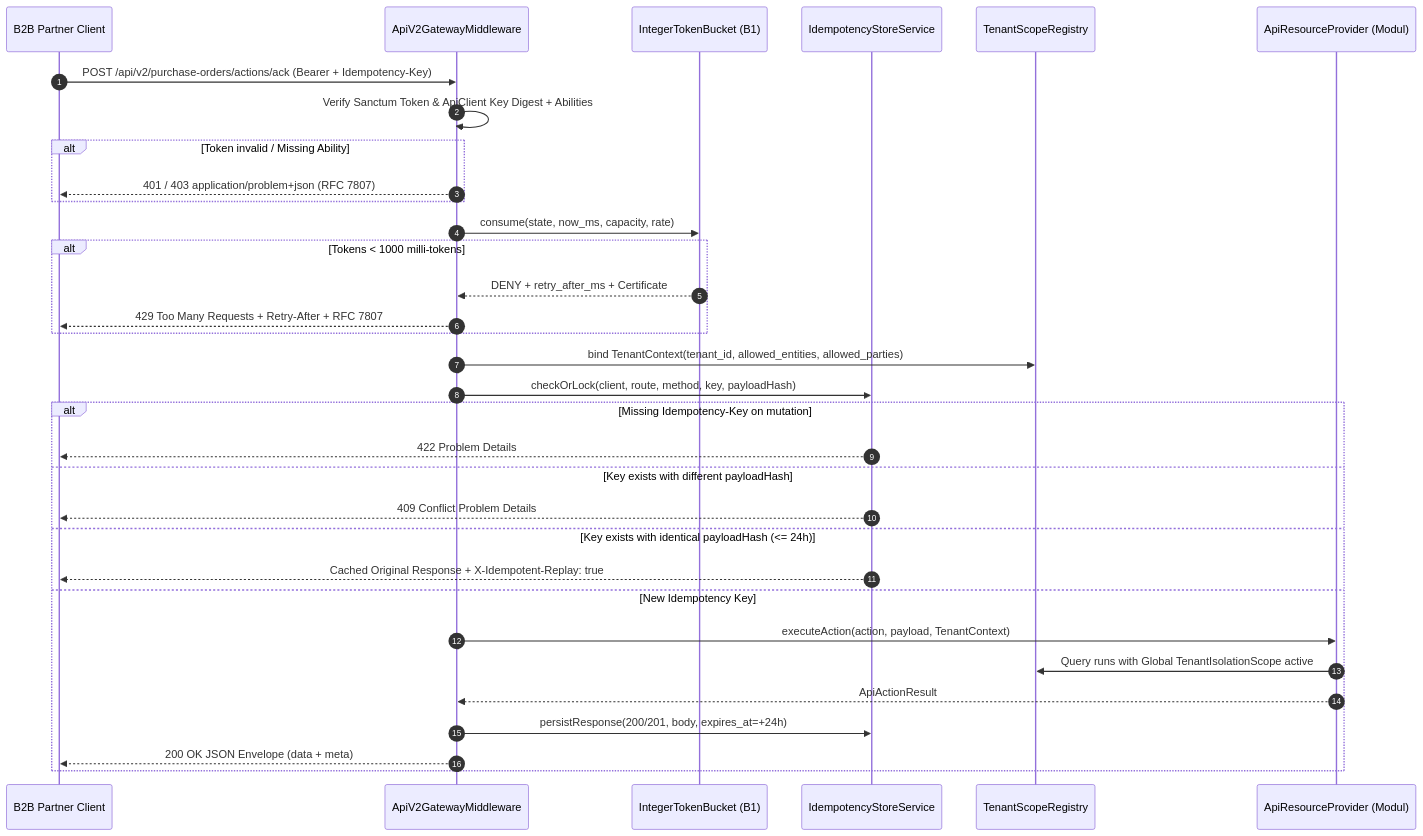
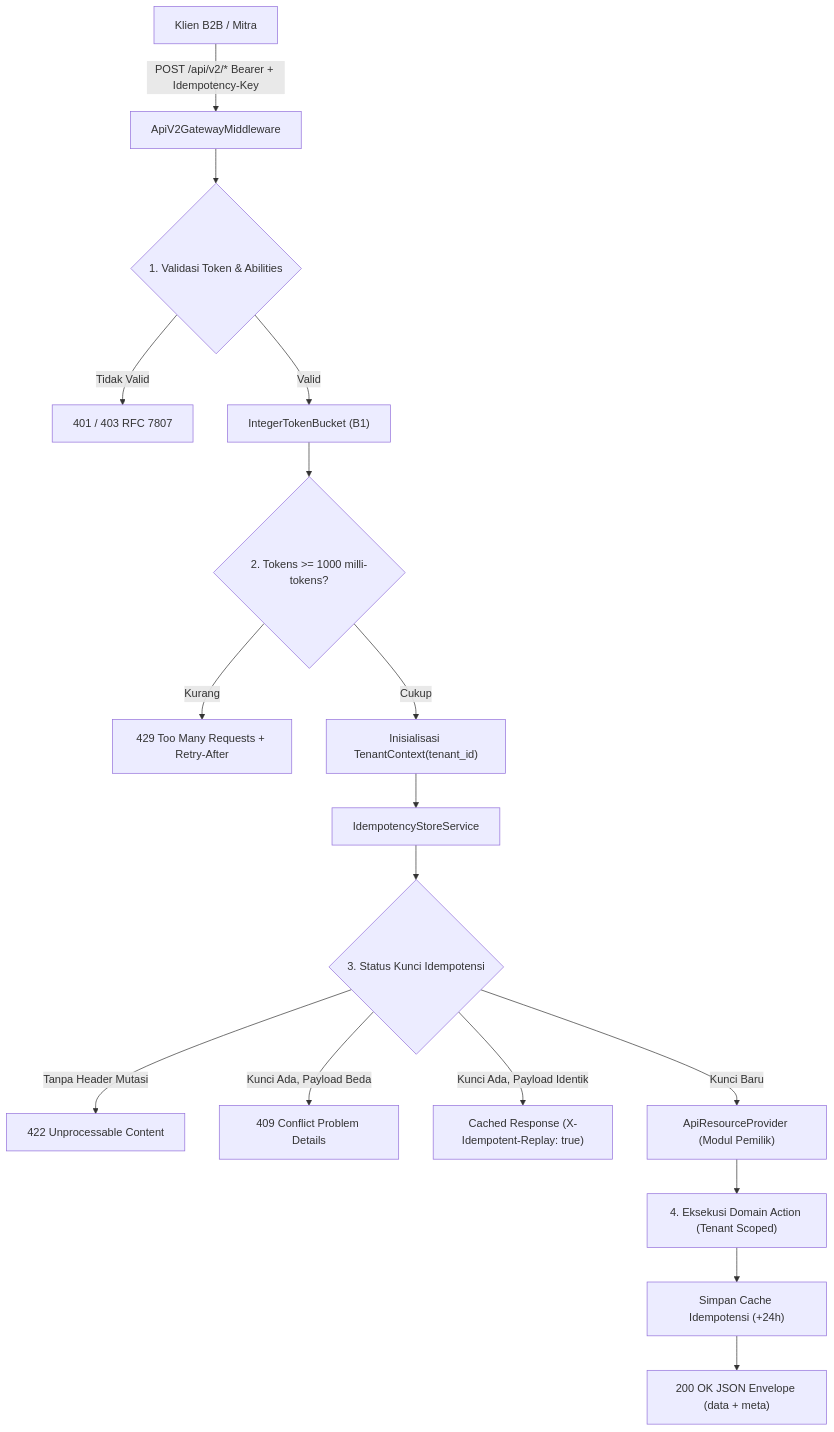
One commit to Orls967/SuperWeb changed the first of 3 diagrams in docs/design/fase-55.md. Above: the diagram before and after it, drawn with Mermaid. The commit also changed other lines of this file and 145 other files, not shown here.

First line of the commit message:
feat(w8-p4): [W8-P4.2] Fase 55 - API v2 Gateway, Webhook HMAC, EDI Codec, Multi-tenancy & Cold Archive

````diff
--- a/docs/design/fase-55.md
+++ b/docs/design/fase-55.md
@@ -21,36 +31,19 @@
 ```mermaid
-sequenceDiagram
-    autonumber
-    participant Client as B2B Partner Client
-    participant MW as ApiV2GatewayMiddleware
-    participant Bucket as IntegerTokenBucket (B1)
-    participant Idemp as IdempotencyStoreService
-    participant Scope as TenantScopeRegistry
-    participant Prov as ApiResourceProvider (Modul)
-
-    Client->>MW: POST /api/v2/purchase-orders/actions/ack (Bearer + Idempotency-Key)
-    MW->>MW: Verify Sanctum Token & ApiClient Key Digest + Abilities
-    alt Token invalid / Missing Ability
-        MW-->>Client: 401 / 403 application/problem+json (RFC 7807)
-    end
-    MW->>Bucket: consume(state, now_ms, capacity, rate)
-    alt Tokens < 1000 milli-tokens
-        Bucket-->>MW: DENY + retry_after_ms + Certificate
-        MW-->>Client: 429 Too Many Requests + Retry-After + RFC 7807
-    end
-    MW->>Scope: bind TenantContext(tenant_id, allowed_entities, allowed_parties)
-    MW->>Idemp: checkOrLock(client, route, method, key, payloadHash)
-    alt Missing Idempotency-Key on mutation
-        Idemp-->>Client: 422 Problem Details
-    else Key exists with different payloadHash
-        Idemp-->>Client: 409 Conflict Problem Details
-    else Key exists with identical payloadHash (<= 24h)
-        Idemp-->>Client: Cached Original Response + X-Idempotent-Replay: true
-    else New Idempotency Key
-        MW->>Prov: executeAction(action, payload, TenantContext)
-        Prov->>Scope: Query runs with Global TenantIsolationScope active
-        Prov-->>MW: ApiActionResult
-        MW->>Idemp: persistResponse(200/201, body, expires_at=+24h)
-        MW-->>Client: 200 OK JSON Envelope (data + meta)
-    end
+flowchart TD
+    Client["Klien B2B / Mitra"] -->|POST /api/v2/* Bearer + Idempotency-Key| MW["ApiV2GatewayMiddleware"]
+    MW --> AuthCheck{"1. Validasi Token & Abilities"}
+    AuthCheck -- Tidak Valid --> Err401["401 / 403 RFC 7807"]
+    AuthCheck -- Valid --> Bucket["IntegerTokenBucket (B1)"]
+    Bucket --> RateCheck{"2. Tokens >= 1000 milli-tokens?"}
+    RateCheck -- Kurang --> Err429["429 Too Many Requests + Retry-After"]
+    RateCheck -- Cukup --> Scope["Inisialisasi TenantContext(tenant_id)"]
+    Scope --> Idemp["IdempotencyStoreService"]
+    Idemp --> IdempCheck{"3. Status Kunci Idempotensi"}
+    IdempCheck -- Tanpa Header Mutasi --> Err422["422 Unprocessable Content"]
+    IdempCheck -- Kunci Ada, Payload Beda --> Err409["409 Conflict Problem Details"]
+    IdempCheck -- Kunci Ada, Payload Identik --> CachedResp["Cached Response (X-Idempotent-Replay: true)"]
+    IdempCheck -- Kunci Baru --> Prov["ApiResourceProvider (Modul Pemilik)"]
+    Prov --> ExecResult["4. Eksekusi Domain Action (Tenant Scoped)"]
+    ExecResult --> SaveIdemp["Simpan Cache Idempotensi (+24h)"]
+    SaveIdemp --> Resp200["200 OK JSON Envelope (data + meta)"]
 ```
````
